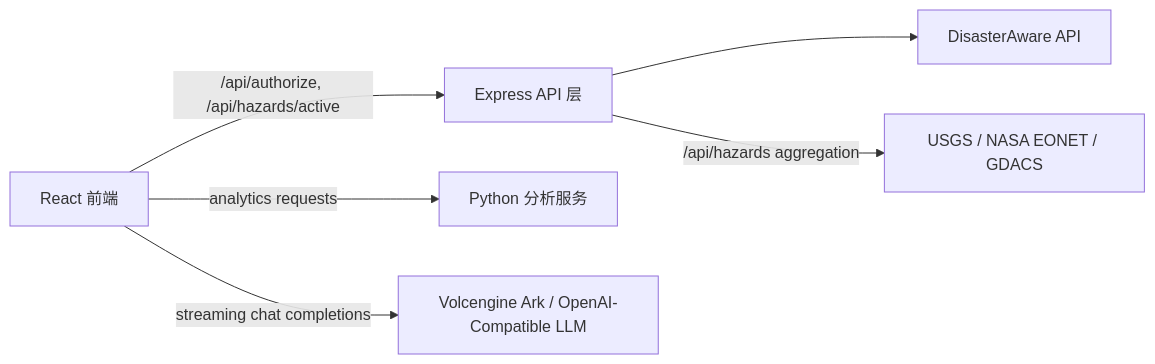
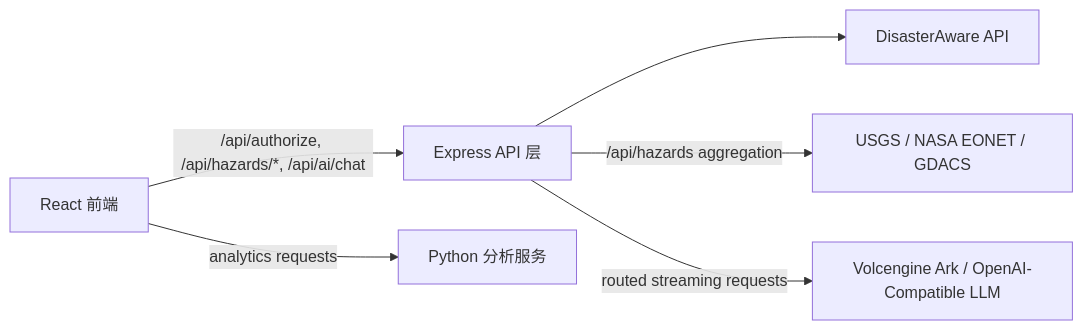
Before and after one commit to Jamie0807/prometheus-global-guardian: the second of 2 diagrams in README.md, drawn with Mermaid. The commit also changed other lines of this file and 17 other files, not shown here.

````diff
--- a/README.md
+++ b/README.md
@@ -541,15 +646,15 @@
 ```mermaid
 flowchart LR
   Browser["React 前端"]
   Express["Express API 层"]
   Python["Python 分析服务"]
   DisasterAware["DisasterAware API"]
   PublicFeeds["USGS / NASA EONET / GDACS"]
   LLM["Volcengine Ark / OpenAI-Compatible LLM"]
 
-  Browser -->|/api/authorize, /api/hazards/active| Express
+  Browser -->|/api/authorize, /api/hazards/*, /api/ai/chat| Express
   Express --> DisasterAware
   Express -->|/api/hazards aggregation| PublicFeeds
   Browser -->|analytics requests| Python
-  Browser -->|streaming chat completions| LLM
+  Express -->|routed streaming requests| LLM
 ```
````
